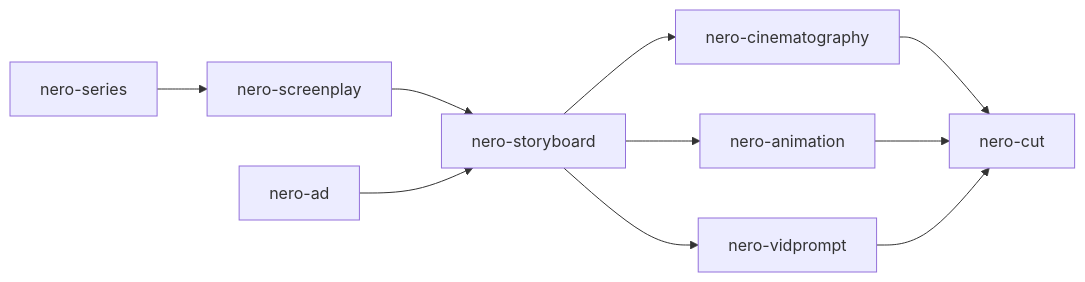
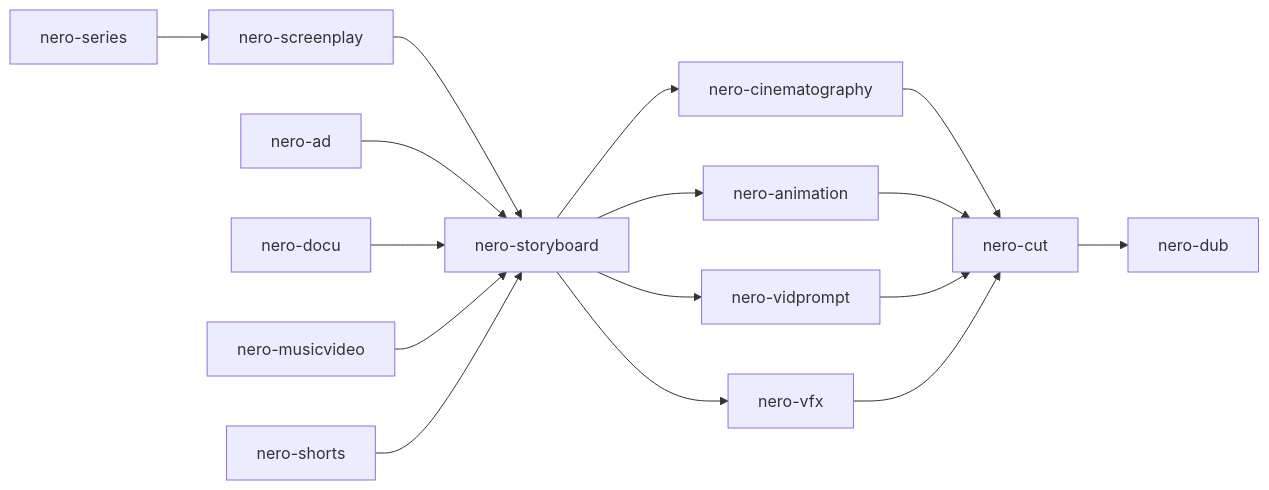
One commit to KMC1525/nero changed the fifth of 7 diagrams in README.md. Above: the diagram before and after it, drawn with Mermaid. The commit also changed other lines of this file and 103 other files, not shown here.

````diff
--- a/README.md
+++ b/README.md
@@ -636,12 +691,18 @@
 ```mermaid
 flowchart LR
     SP[nero-screenplay] --> SB[nero-storyboard]
     SE[nero-series] --> SP
     AD[nero-ad] --> SB
     SB --> CI[nero-cinematography]
     SB --> AN[nero-animation]
     SB --> VP[nero-vidprompt]
     CI --> CU[nero-cut]
     AN --> CU
     VP --> CU
+    DC[nero-docu] --> SB
+    MV[nero-musicvideo] --> SB
+    SH[nero-shorts] --> SB
+    SB --> VF[nero-vfx]
+    VF --> CU
+    CU --> DB[nero-dub]
 ```
````
